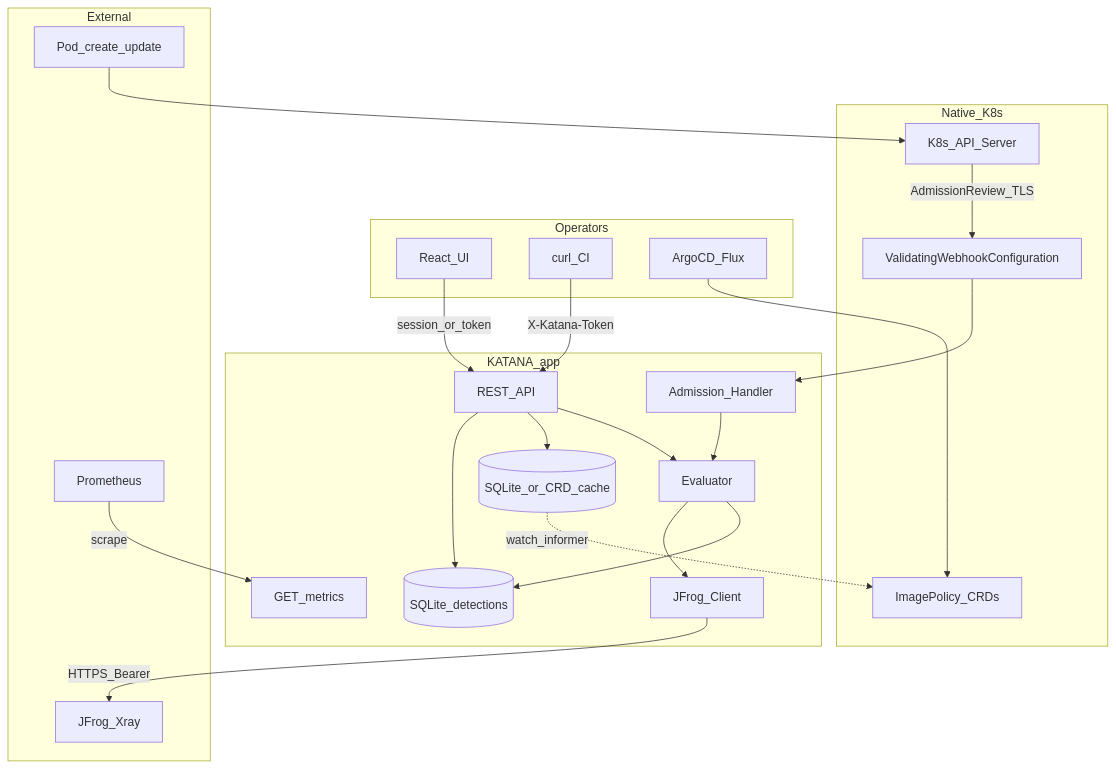
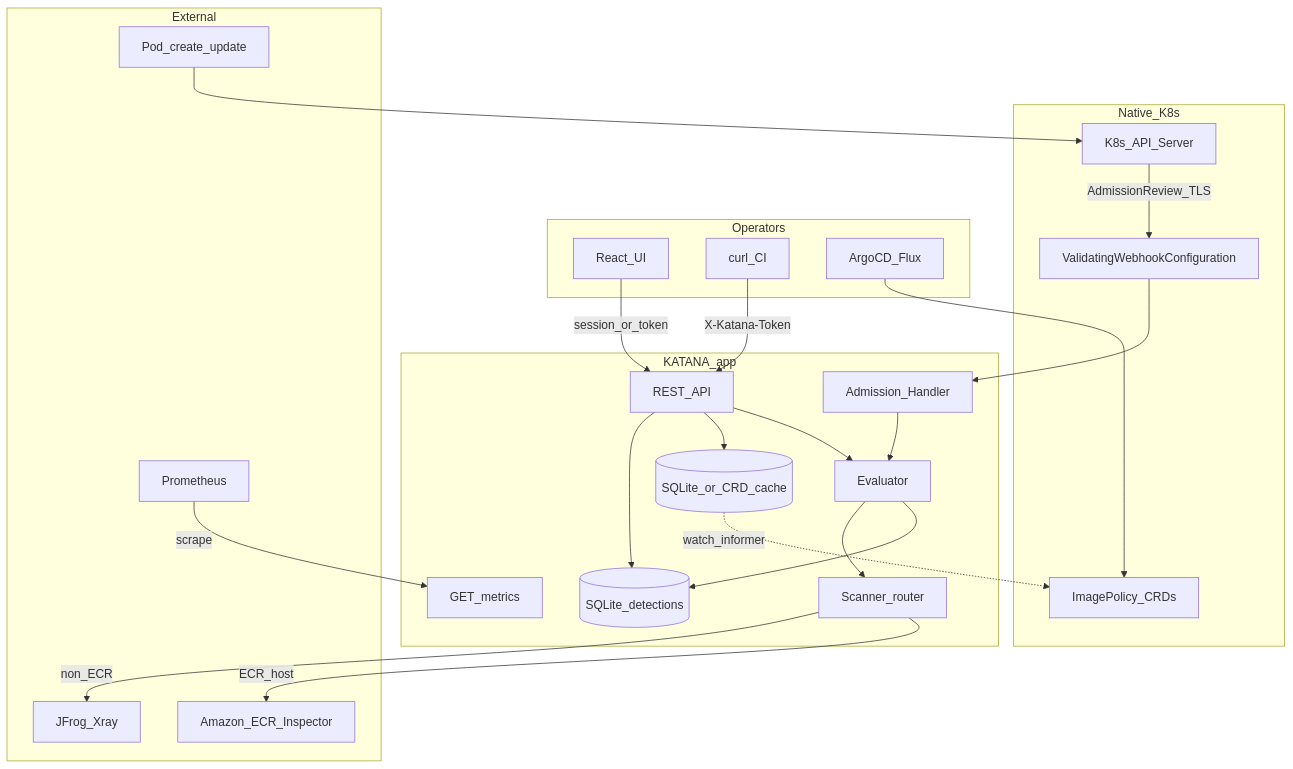
Before and after one commit to zpol/katana: the first of 5 diagrams in README.md, drawn with Mermaid. The commit also changed other lines of this file and 4 other files, not shown here.

First line of the commit message:
Document multi-scanner support for JFrog Xray and ECR Inspector.

````diff
--- a/README.md
+++ b/README.md
@@ -106,46 +111,48 @@
 ```mermaid
 flowchart TB
   subgraph users [Operators]
     UI[React_UI]
     CLI[curl_CI]
     GitOps[ArgoCD_Flux]
   end
 
   subgraph nativeK8s [Native_K8s]
     APIServer[K8s_API_Server]
     VWH[ValidatingWebhookConfiguration]
     CRD[ImagePolicy_CRDs]
   end
 
   subgraph katana [KATANA_app]
     API[REST_API]
     Eval[Evaluator]
     Events[(SQLite_detections)]
     Policies[(SQLite_or_CRD_cache)]
     Admit[Admission_Handler]
-    JClient[JFrog_Client]
+    Router[Scanner_router]
     Metrics[GET_metrics]
   end
 
   subgraph external [External]
     Xray[JFrog_Xray]
+    ECR[Amazon_ECR_Inspector]
     Workload[Pod_create_update]
     Prom[Prometheus]
   end
 
   GitOps --> CRD
   UI -->|session_or_token| API
   CLI -->|X-Katana-Token| API
   API --> Events
   API --> Policies
   API --> Eval
-  Eval --> JClient
-  JClient -->|HTTPS_Bearer| Xray
+  Eval --> Router
+  Router -->|non_ECR| Xray
+  Router -->|ECR_host| ECR
   Eval --> Events
   Workload --> APIServer
   APIServer -->|AdmissionReview_TLS| VWH
   VWH --> Admit
   Admit --> Eval
   Policies -.->|watch_informer| CRD
   Prom -->|scrape| Metrics
 ```
````
